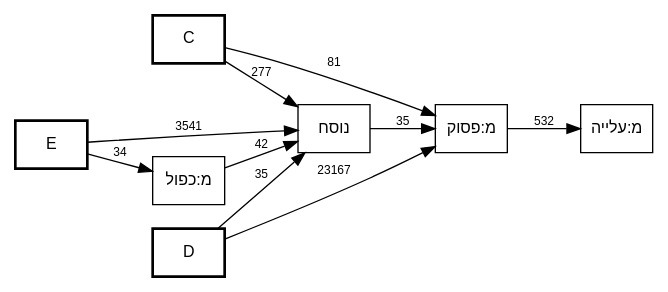
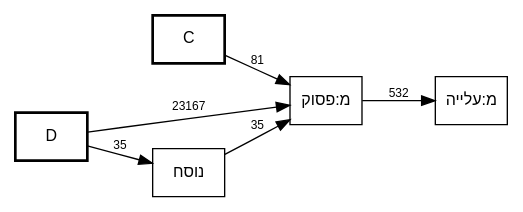
Before and after one commit to bdenckla/MAM-basics: the diagram in out/MAM-tmpl-survey/plain-pasuk-call-graph.dot, drawn with Graphviz. The commit also changed 7 other files, not shown here.

First line of the commit message:
Tighten focused template call graphs to target-anchored stack context

```diff
--- a/out/MAM-tmpl-survey/plain-pasuk-call-graph.dot
+++ b/out/MAM-tmpl-survey/plain-pasuk-call-graph.dot
@@ -1,28 +1,23 @@
 // This file was generated by MAM-basics/py/main_tmpl_survey.py.
 // Do not edit by hand.
 digraph template_call_graph {
     rankdir=LR;
     node [fontname="SBL Hebrew,Helvetica", fontsize=12];
     edge [fontname="Helvetica", fontsize=9];
     graph [comment="This file was generated by MAM-basics/py/main_tmpl_survey.py."];
 
     // Column nodes
     node [shape=box, style=bold];
     "C";
     "D";
-    "E";
 
     // Template nodes
     node [shape=box, style=""];
 
     // Edges
     "C" -> "מ:פסוק" [label="81"];
-    "C" -> "נוסח" [label="277"];
     "D" -> "מ:פסוק" [label="23167"];
     "D" -> "נוסח" [label="35"];
-    "E" -> "מ:כפול" [label="34"];
-    "E" -> "נוסח" [label="3541"];
-    "מ:כפול" -> "נוסח" [label="42"];
     "מ:פסוק" -> "מ:עלייה" [label="532"];
     "נוסח" -> "מ:פסוק" [label="35"];
 }
```
